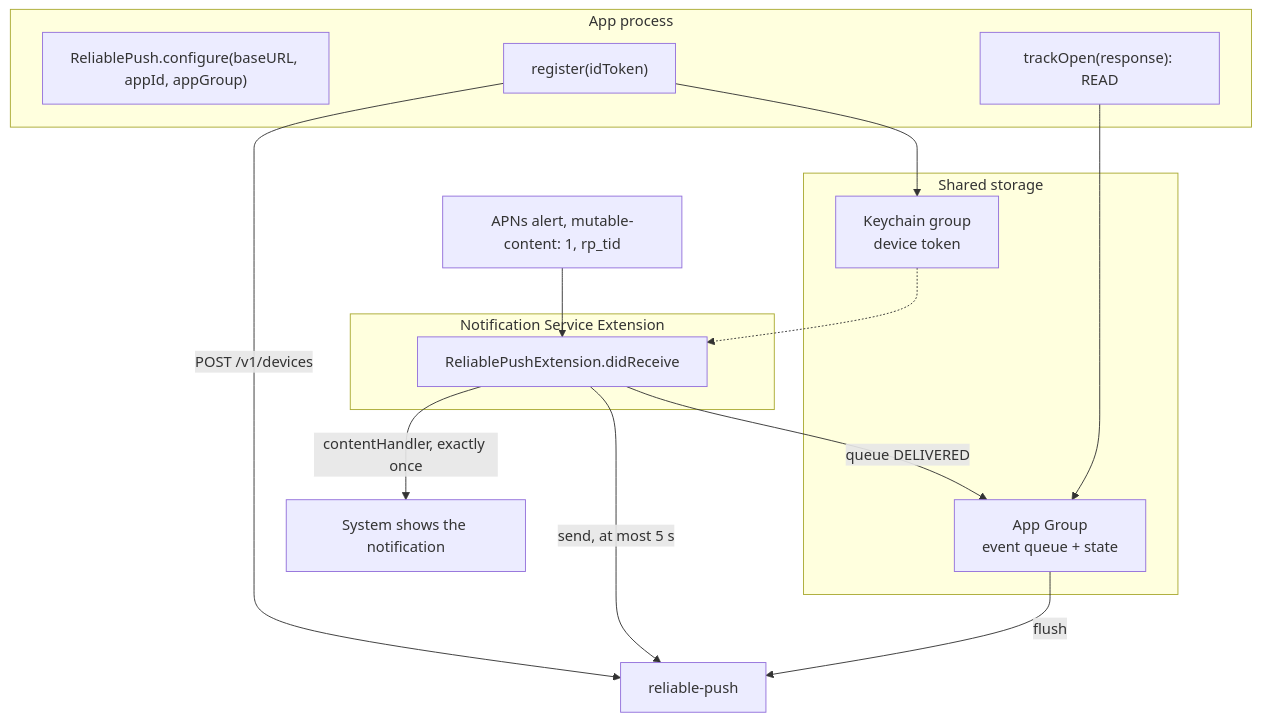
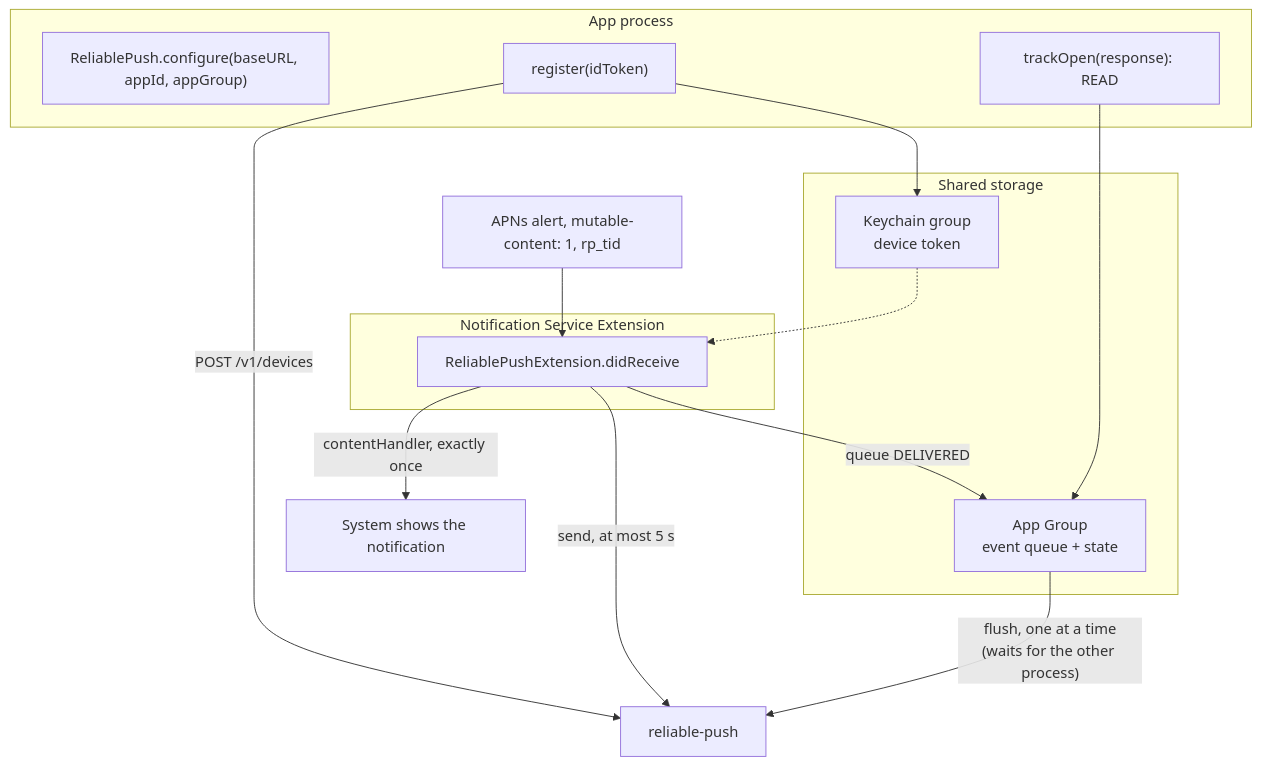
One commit to valentirob/reliable-push changed the ninth of 12 diagrams in docs/overview.md. Above: the diagram before and after it, drawn with Mermaid. The commit also changed other lines of this file and 7 other files, not shown here.

Commit message:
docs: M7 and M12 fixes in the iOS and testing guides, diagrams, slides, changelog

````diff
--- a/docs/overview.md
+++ b/docs/overview.md
@@ -237,24 +237,24 @@
 ```mermaid
 flowchart TB
   subgraph app["App process"]
     CFG["ReliablePush.configure(baseURL, appId, appGroup)"]
     REG["register(idToken)"]
     TO["trackOpen(response): READ"]
   end
   subgraph nse["Notification Service Extension"]
     DR["ReliablePushExtension.didReceive"]
   end
   subgraph shared["Shared storage"]
     KC["Keychain group<br/>device token"]
     AG["App Group<br/>event queue + state"]
   end
   APNS["APNs alert, mutable-content: 1, rp_tid"] --> DR
   REG -- "POST /v1/devices" --> API["reliable-push"]
   REG --> KC
   DR -- "queue DELIVERED" --> AG
   DR -- "send, at most 5 s" --> API
   DR -- "contentHandler, exactly once" --> SHOW["System shows the notification"]
   TO --> AG
-  AG -- "flush" --> API
+  AG -- "flush, one at a time<br/>(waits for the other process)" --> API
   KC -.-> DR
 ```
````
